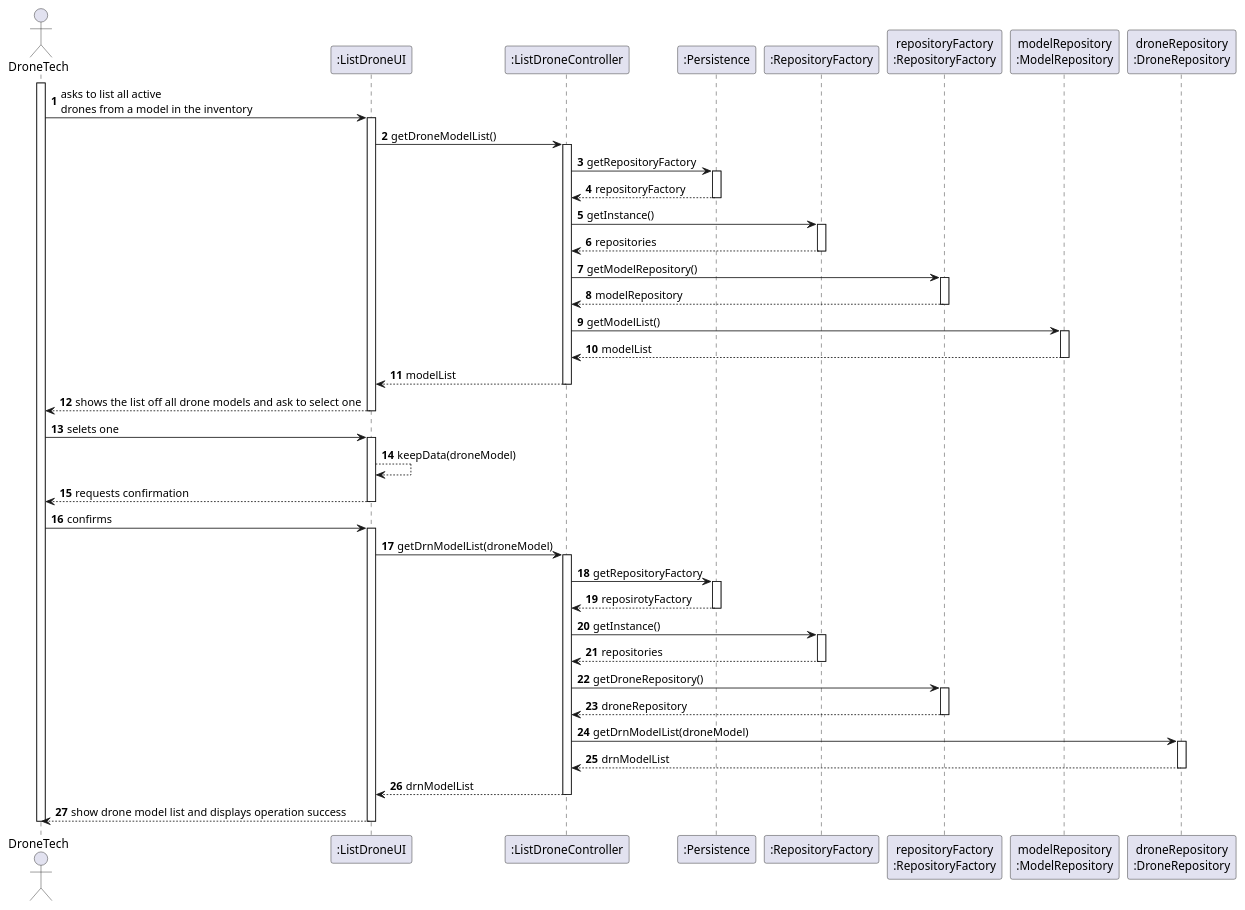
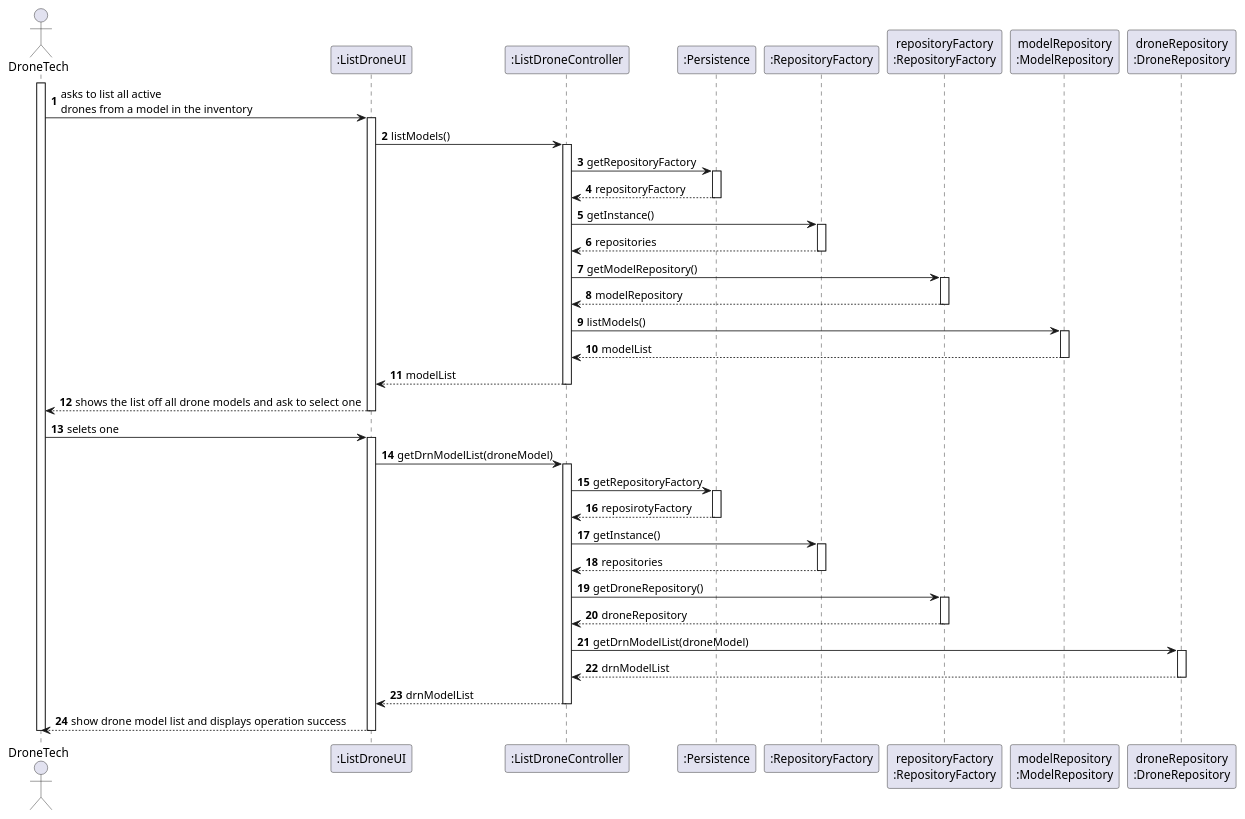
Before and after one commit to diogoveirospro/sem4pi-2024-2025-sem4pi_2024_2025_g44: the diagram in docs/SPRINT_2/US243/puml/sequence_diagram_us243.puml, drawn with PlantUML. The commit also changed 20 other files, not shown here.

```diff
--- a/docs/SPRINT_2/US243/puml/sequence_diagram_us243.puml
+++ b/docs/SPRINT_2/US243/puml/sequence_diagram_us243.puml
@@ -1,87 +1,81 @@
 @startuml
 'skinparam monochrome true
 skinparam packageStyle rectangle
 skinparam shadowing false
 
 autonumber
 
 'hide footbox
 actor "DroneTech" as EDT
 participant ":ListDroneUI" as UI
 participant ":ListDroneController" as CTRL
 participant ":Persistence" as PERS
 participant ":RepositoryFactory" as REPOS
 participant "repositoryFactory\n:RepositoryFactory" as REPOS_SINGLETON
 participant "modelRepository\n:ModelRepository" as MOD_REPO
 participant "droneRepository\n:DroneRepository" as DRN_REPO
 
 activate EDT
 
         EDT -> UI : asks to list all active \ndrones from a model in the inventory
         activate UI
-            UI -> CTRL : getDroneModelList()
+            UI -> CTRL : listModels()
                         activate CTRL
                             CTRL -> PERS : getRepositoryFactory
                             activate PERS
                             PERS --> CTRL : repositoryFactory
                             deactivate PERS
                             CTRL -> REPOS : getInstance()
                             activate REPOS
                                 REPOS --> CTRL: repositories
                             deactivate REPOS
 
                             CTRL -> REPOS_SINGLETON : getModelRepository()
                             activate REPOS_SINGLETON
                                 REPOS_SINGLETON --> CTRL: modelRepository
                             deactivate REPOS_SINGLETON
 
-                            CTRL -> MOD_REPO : getModelList()
+                            CTRL -> MOD_REPO : listModels()
                             activate MOD_REPO
                                 MOD_REPO --> CTRL : modelList
                             deactivate MOD_REPO
                             CTRL --> UI : modelList
                         deactivate CTRL
                    UI --> EDT : shows the list off all drone models and ask to select one
                            deactivate UI
                      EDT -> UI : selets one
                         activate UI
-            UI --> UI : keepData(droneModel)
 
 
-
-    UI --> EDT : requests confirmation
-    deactivate UI
-    EDT -> UI : confirms
-    activate UI
         UI -> CTRL : getDrnModelList(droneModel)
         activate CTRL
                                         CTRL -> PERS : getRepositoryFactory
                                                                     activate PERS
                                                                     PERS --> CTRL : reposirotyFactory
                                                                     deactivate PERS
                                         CTRL -> REPOS: getInstance()
                                         activate REPOS
 
                                                REPOS --> CTRL: repositories
 
                                         deactivate REPOS
 
                                         CTRL -> REPOS_SINGLETON: getDroneRepository()
                                         activate REPOS_SINGLETON
 
                                                REPOS_SINGLETON --> CTRL: droneRepository
                                         deactivate REPOS_SINGLETON
                                                         CTRL -> DRN_REPO: getDrnModelList(droneModel)
                                                         activate DRN_REPO
                                                         DRN_REPO --> CTRL: drnModelList
                                                         deactivate DRN_REPO
             deactivate DRN_REPO
 
             CTRL --> UI: drnModelList
             deactivate CTRL
             UI --> EDT: show drone model list and displays operation success
     deactivate UI
 
 deactivate EDT
 
 @enduml
```
